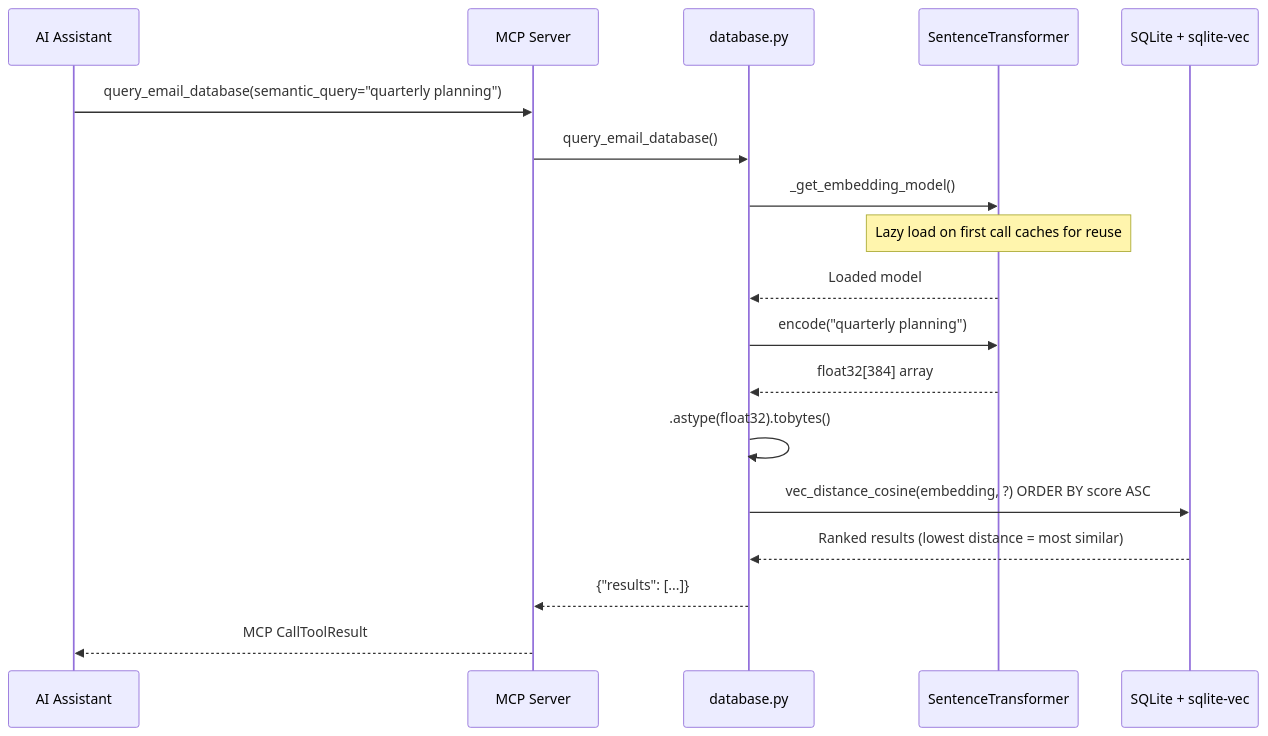
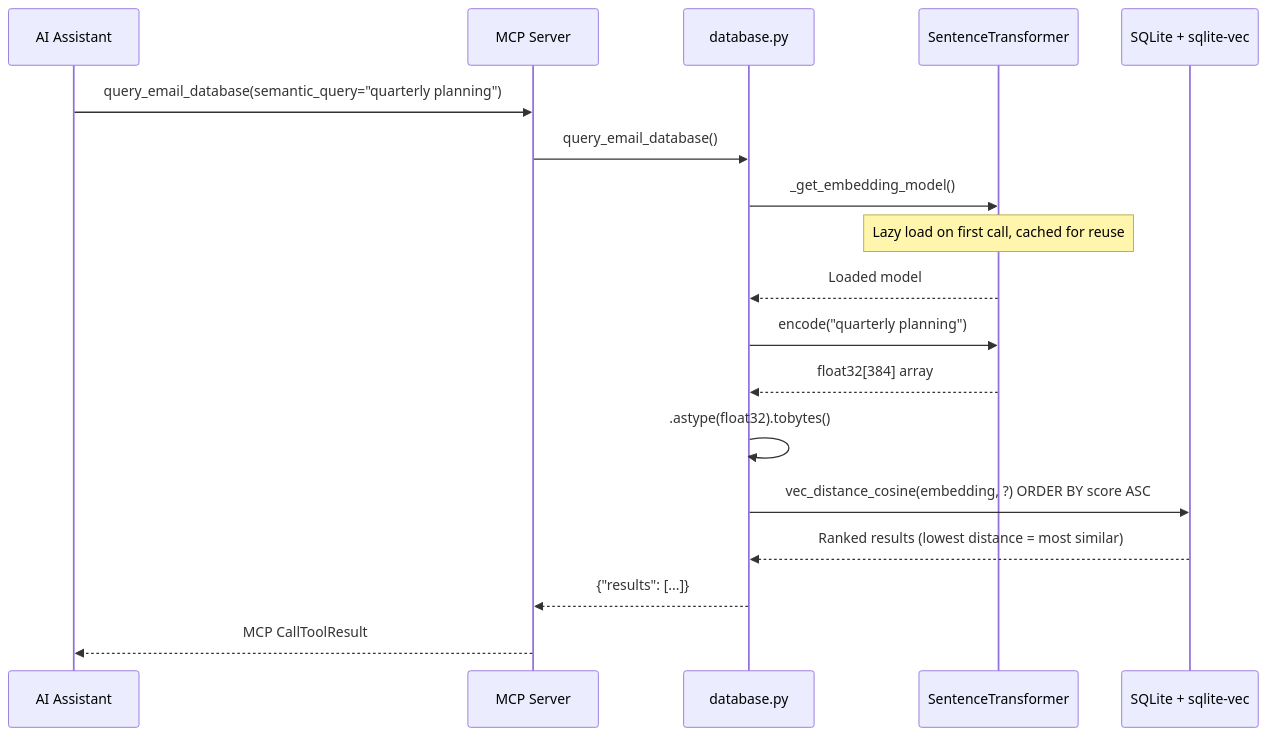
One commit to thomasmaerz/emailindex changed the fourth of 6 diagrams in README.md. Above: the diagram before and after it, drawn with Mermaid. The commit also changed other lines of this file, not shown here.

````diff
--- a/README.md
+++ b/README.md
@@ -210,21 +329,21 @@
 ```mermaid
 sequenceDiagram
     participant Client as AI Assistant
     participant Server as MCP Server
     participant DB as database.py
     participant Model as SentenceTransformer
     participant SQLite as SQLite + sqlite-vec
 
     Client->>Server: query_email_database(semantic_query="quarterly planning")
     Server->>DB: query_email_database()
     DB->>Model: _get_embedding_model()
-    Note over Model: Lazy load on first call caches for reuse
+    Note over Model: Lazy load on first call, cached for reuse
     Model-->>DB: Loaded model
     DB->>Model: encode("quarterly planning")
     Model-->>DB: float32[384] array
     DB->>DB: .astype(float32).tobytes()
     DB->>SQLite: vec_distance_cosine(embedding, ?) ORDER BY score ASC
     SQLite-->>DB: Ranked results (lowest distance = most similar)
     DB-->>Server: {"results": [...]}
     Server-->>Client: MCP CallToolResult
 ```
````
